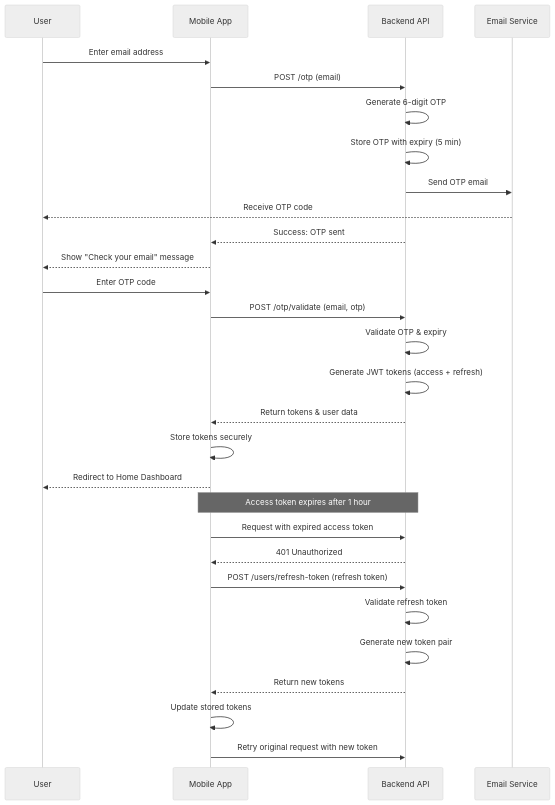
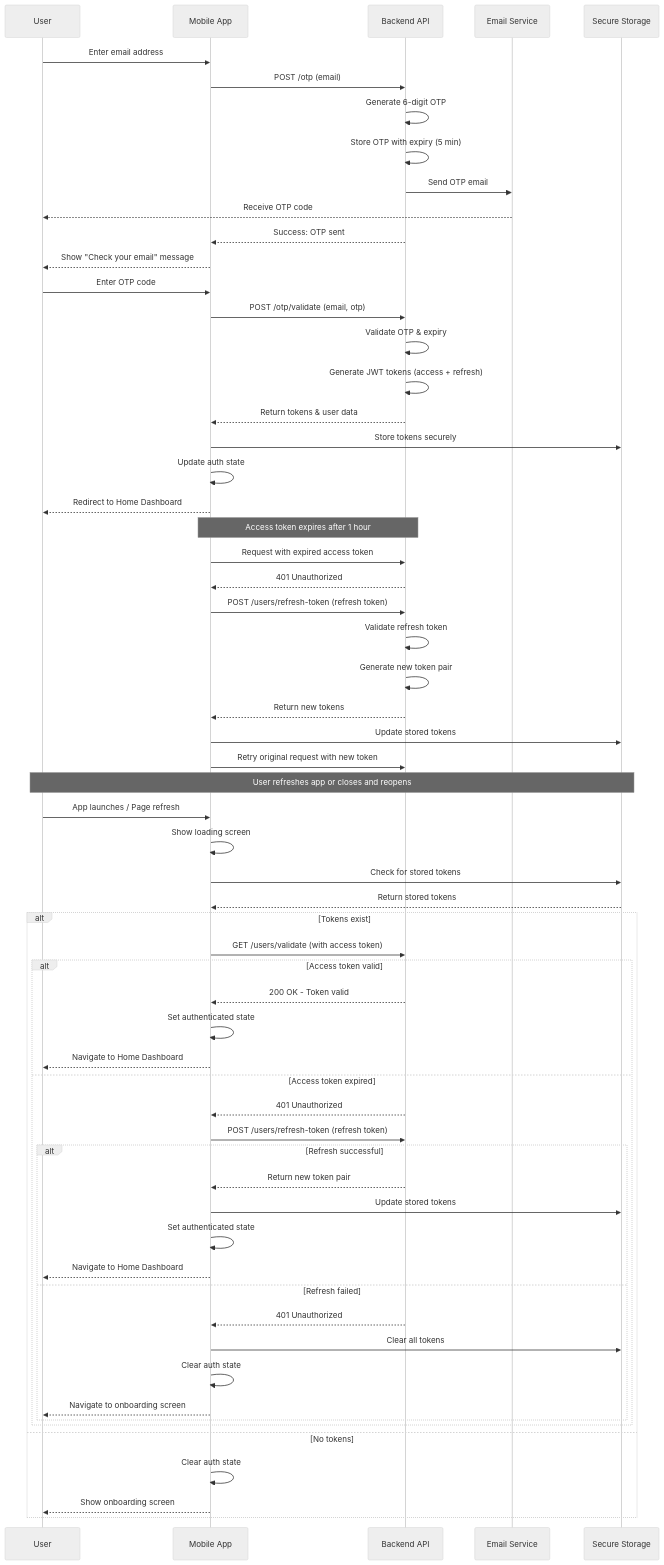
One commit to halng/Oopsly changed the diagram in docs/flows/authentication-flow.md. Above: the diagram before and after it, drawn with Mermaid (neutral theme). The commit also changed other lines of this file, not shown here.

Commit message:
OOPS: docs - update authentication flow with persistence details

````diff
--- a/docs/flows/authentication-flow.md
+++ b/docs/flows/authentication-flow.md
@@ -7,35 +7,75 @@
 ```mermaid
 sequenceDiagram
     participant User
     participant UI as Mobile App
     participant API as Backend API
     participant Email as Email Service
+    participant Storage as Secure Storage
     
+    %% Initial Authentication
     User->>UI: Enter email address
     UI->>API: POST /otp (email)
     API->>API: Generate 6-digit OTP
     API->>API: Store OTP with expiry (5 min)
     API->>Email: Send OTP email
     Email-->>User: Receive OTP code
     API-->>UI: Success: OTP sent
     UI-->>User: Show "Check your email" message
     
     User->>UI: Enter OTP code
     UI->>API: POST /otp/validate (email, otp)
     API->>API: Validate OTP & expiry
     API->>API: Generate JWT tokens (access + refresh)
     API-->>UI: Return tokens & user data
-    UI->>UI: Store tokens securely
+    UI->>Storage: Store tokens securely
+    UI->>UI: Update auth state
     UI-->>User: Redirect to Home Dashboard
     
     Note over UI,API: Access token expires after 1 hour
     
+    %% Token Refresh on API Call
     UI->>API: Request with expired access token
     API-->>UI: 401 Unauthorized
     UI->>API: POST /users/refresh-token (refresh token)
     API->>API: Validate refresh token
     API->>API: Generate new token pair
     API-->>UI: Return new tokens
-    UI->>UI: Update stored tokens
+    UI->>Storage: Update stored tokens
     UI->>API: Retry original request with new token
+    
+    %% App Restart / Page Refresh
+    Note over User,Storage: User refreshes app or closes and reopens
+    
+    User->>UI: App launches / Page refresh
+    UI->>UI: Show loading screen
+    UI->>Storage: Check for stored tokens
+    Storage-->>UI: Return stored tokens
+    
+    alt Tokens exist
+        UI->>API: GET /users/validate (with access token)
+        
+        alt Access token valid
+            API-->>UI: 200 OK - Token valid
+            UI->>UI: Set authenticated state
+            UI-->>User: Navigate to Home Dashboard
+        else Access token expired
+            API-->>UI: 401 Unauthorized
+            UI->>API: POST /users/refresh-token (refresh token)
+            
+            alt Refresh successful
+                API-->>UI: Return new token pair
+                UI->>Storage: Update stored tokens
+                UI->>UI: Set authenticated state
+                UI-->>User: Navigate to Home Dashboard
+            else Refresh failed
+                API-->>UI: 401 Unauthorized
+                UI->>Storage: Clear all tokens
+                UI->>UI: Clear auth state
+                UI-->>User: Navigate to onboarding screen
+            end
+        end
+    else No tokens
+        UI->>UI: Clear auth state
+        UI-->>User: Show onboarding screen
+    end
 ```
````
